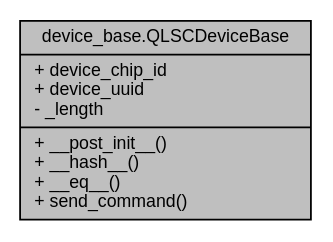
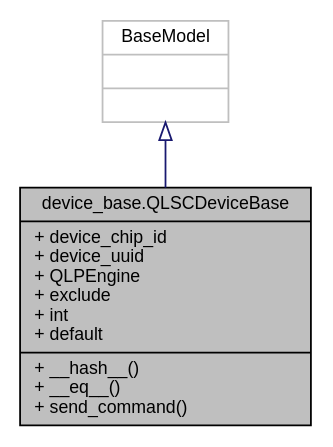
One commit to Quantum-0/qlsc changed the diagram in classdevice__base_1_1QLSCDeviceBase__coll__graph.dot. Above: the diagram before and after it, drawn with Graphviz. The commit also changed 199 other files, not shown here.

```diff
--- a/classdevice__base_1_1QLSCDeviceBase__coll__graph.dot
+++ b/classdevice__base_1_1QLSCDeviceBase__coll__graph.dot
@@ -1,7 +1,9 @@
 digraph "device_base.QLSCDeviceBase"
 {
  // LATEX_PDF_SIZE
   edge [fontname="Helvetica",fontsize="10",labelfontname="Helvetica",labelfontsize="10"];
   node [fontname="Helvetica",fontsize="10",shape=record];
-  Node1 [label="{device_base.QLSCDeviceBase\n|+ device_chip_id\l+ device_uuid\l- _length\l|+ __post_init__()\l+ __hash__()\l+ __eq__()\l+ send_command()\l}",height=0.2,width=0.4,color="black", fillcolor="grey75", style="filled", fontcolor="black",tooltip=" "];
+  Node1 [label="{device_base.QLSCDeviceBase\n|+ device_chip_id\l+ device_uuid\l+ QLPEngine\l+ exclude\l+ int\l+ default\l|+ __hash__()\l+ __eq__()\l+ send_command()\l}",height=0.2,width=0.4,color="black", fillcolor="grey75", style="filled", fontcolor="black",tooltip=" "];
+  Node2 -> Node1 [dir="back",color="midnightblue",fontsize="10",style="solid",arrowtail="onormal",fontname="Helvetica"];
+  Node2 [label="{BaseModel\n||}",height=0.2,width=0.4,color="grey75", fillcolor="white", style="filled",tooltip=" "];
 }
```
